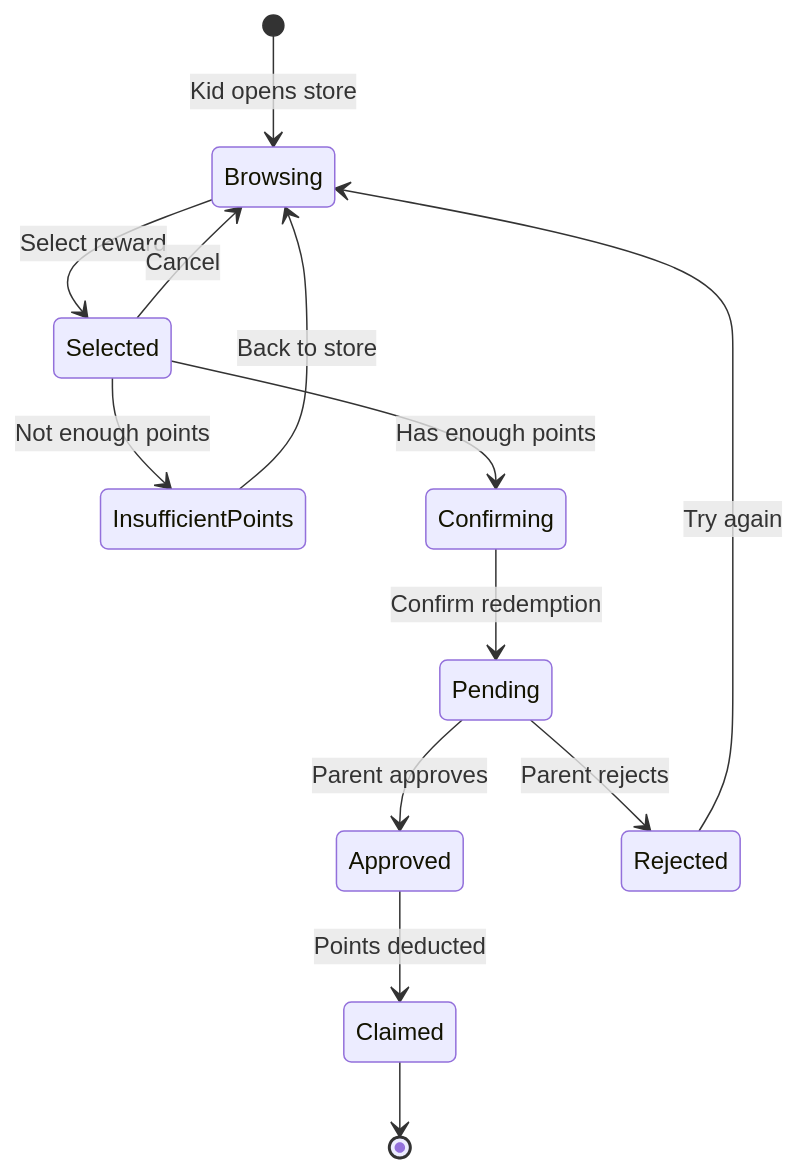
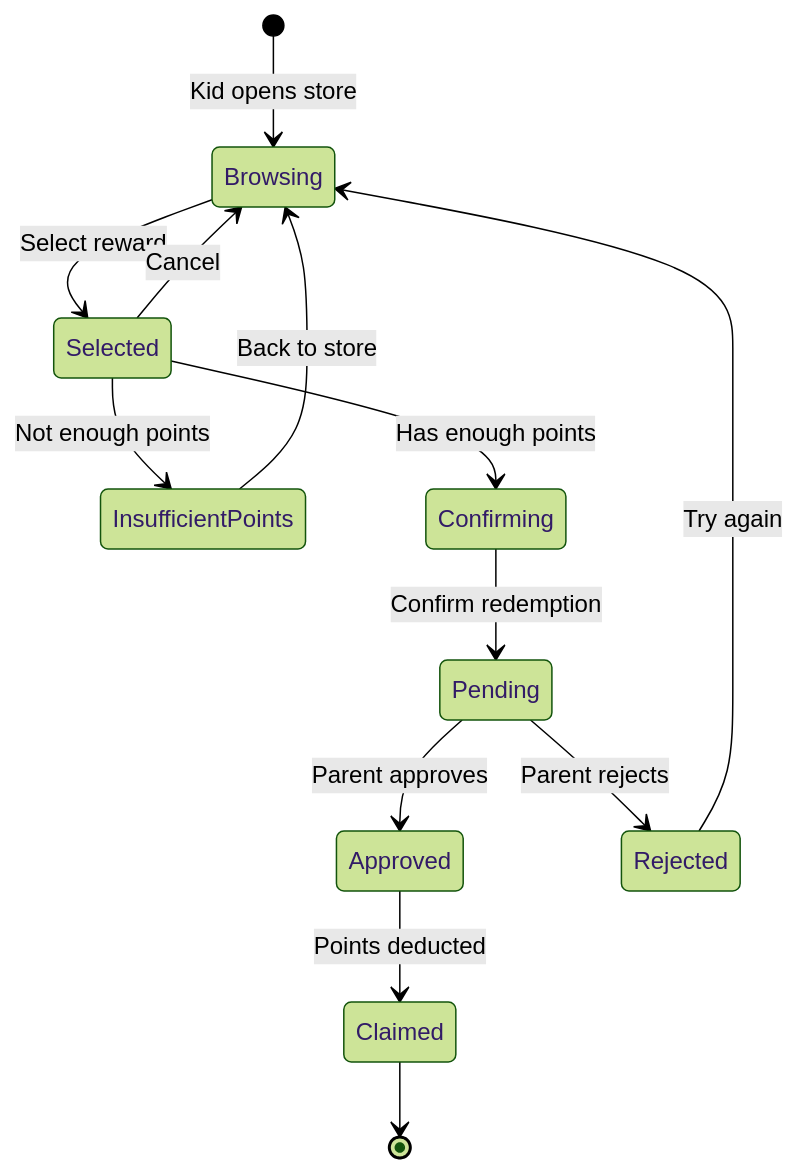
The fifth of 6 diagrams in README.md (anisha-agarwal/chore-champions), drawn with Mermaid before and after one commit. The commit also changed other lines of this file, not shown here.

First line of the commit message:
Use forest theme for user flows and roadmap

````diff
--- a/README.md
+++ b/README.md
@@ -209,16 +209,16 @@
 ```mermaid
-%%{init: {'theme': 'default'}}%%
+%%{init: {'theme': 'forest'}}%%
 stateDiagram-v2
     [*] --> Browsing: Kid opens store
     Browsing --> Selected: Select reward
     Selected --> Browsing: Cancel
     Selected --> InsufficientPoints: Not enough points
     InsufficientPoints --> Browsing: Back to store
     Selected --> Confirming: Has enough points
     Confirming --> Pending: Confirm redemption
     Pending --> Approved: Parent approves
     Pending --> Rejected: Parent rejects
     Approved --> Claimed: Points deducted
     Rejected --> Browsing: Try again
     Claimed --> [*]
 ```
````
